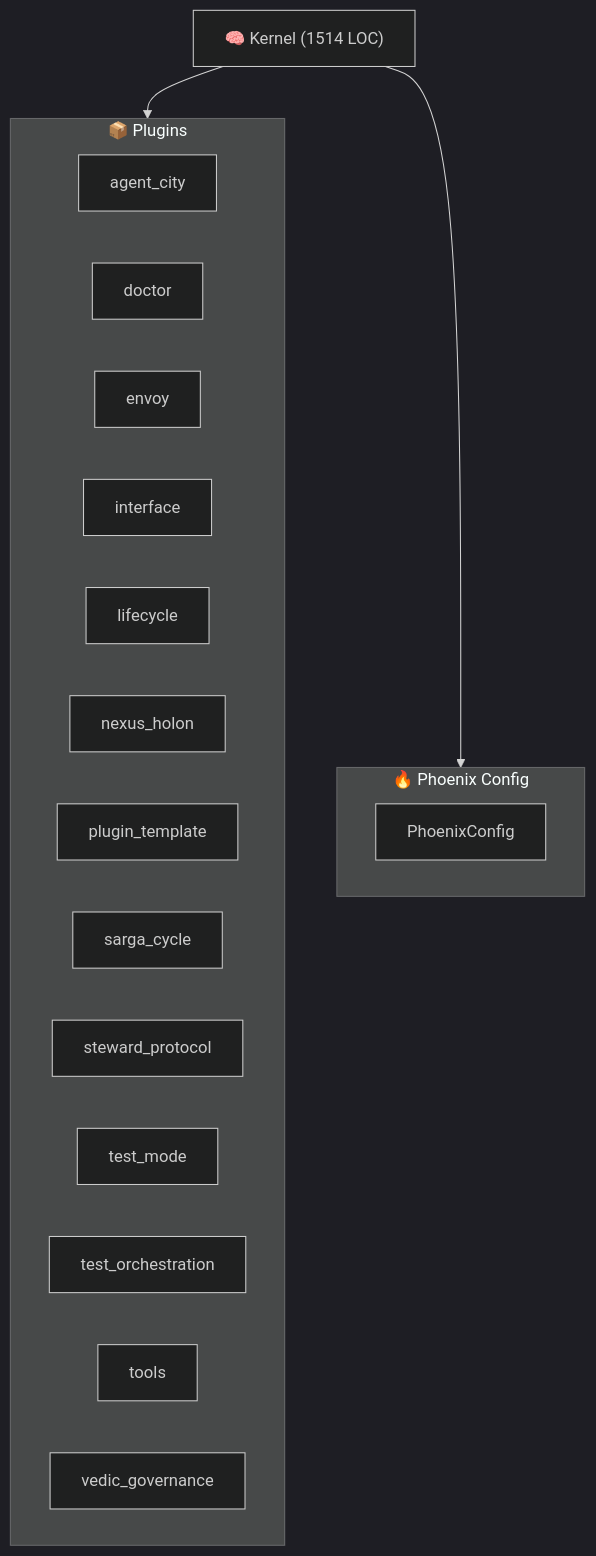
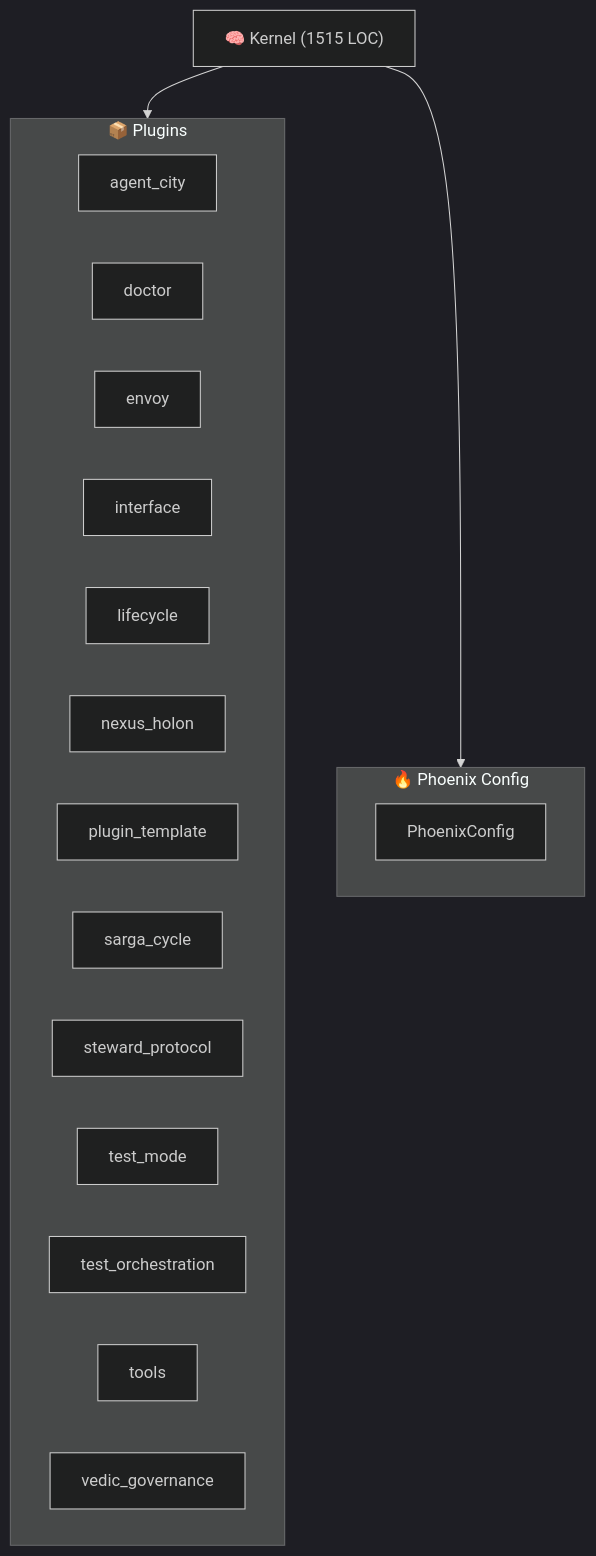
The diagram in ARCHITECTURE.md (kimeisele/steward-protocol), drawn with Mermaid (dark theme) before and after one commit. The commit also changed other lines of this file and 15 other files, not shown here.

````diff
--- a/ARCHITECTURE.md
+++ b/ARCHITECTURE.md
@@ -8,24 +8,24 @@
 ```mermaid
 graph TB
-    K["🧠 Kernel (1514 LOC)"]
+    K["🧠 Kernel (1515 LOC)"]
     subgraph Plugins["📦 Plugins"]
         P_agent_city["agent_city"]
         P_doctor["doctor"]
         P_envoy["envoy"]
         P_interface["interface"]
         P_lifecycle["lifecycle"]
         P_nexus_holon["nexus_holon"]
         P_plugin_template["plugin_template"]
         P_sarga_cycle["sarga_cycle"]
         P_steward_protocol["steward_protocol"]
         P_test_mode["test_mode"]
         P_test_orchestration["test_orchestration"]
         P_tools["tools"]
         P_vedic_governance["vedic_governance"]
     end
     K --> Plugins
     subgraph Config["🔥 Phoenix Config"]
         PC[PhoenixConfig]
     end
     K --> Config
 ```
````
